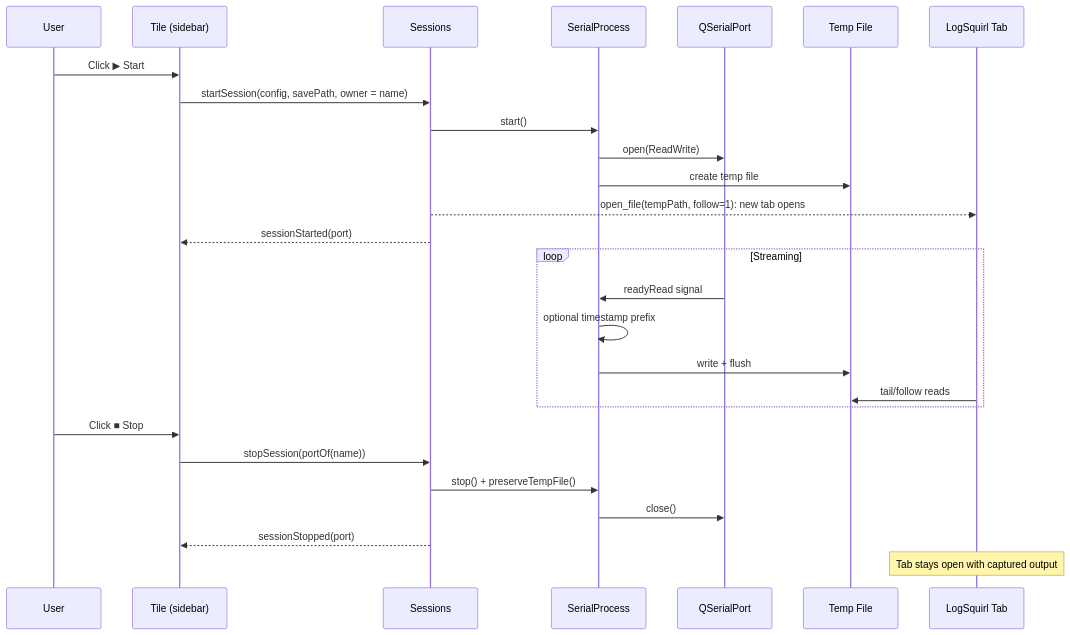
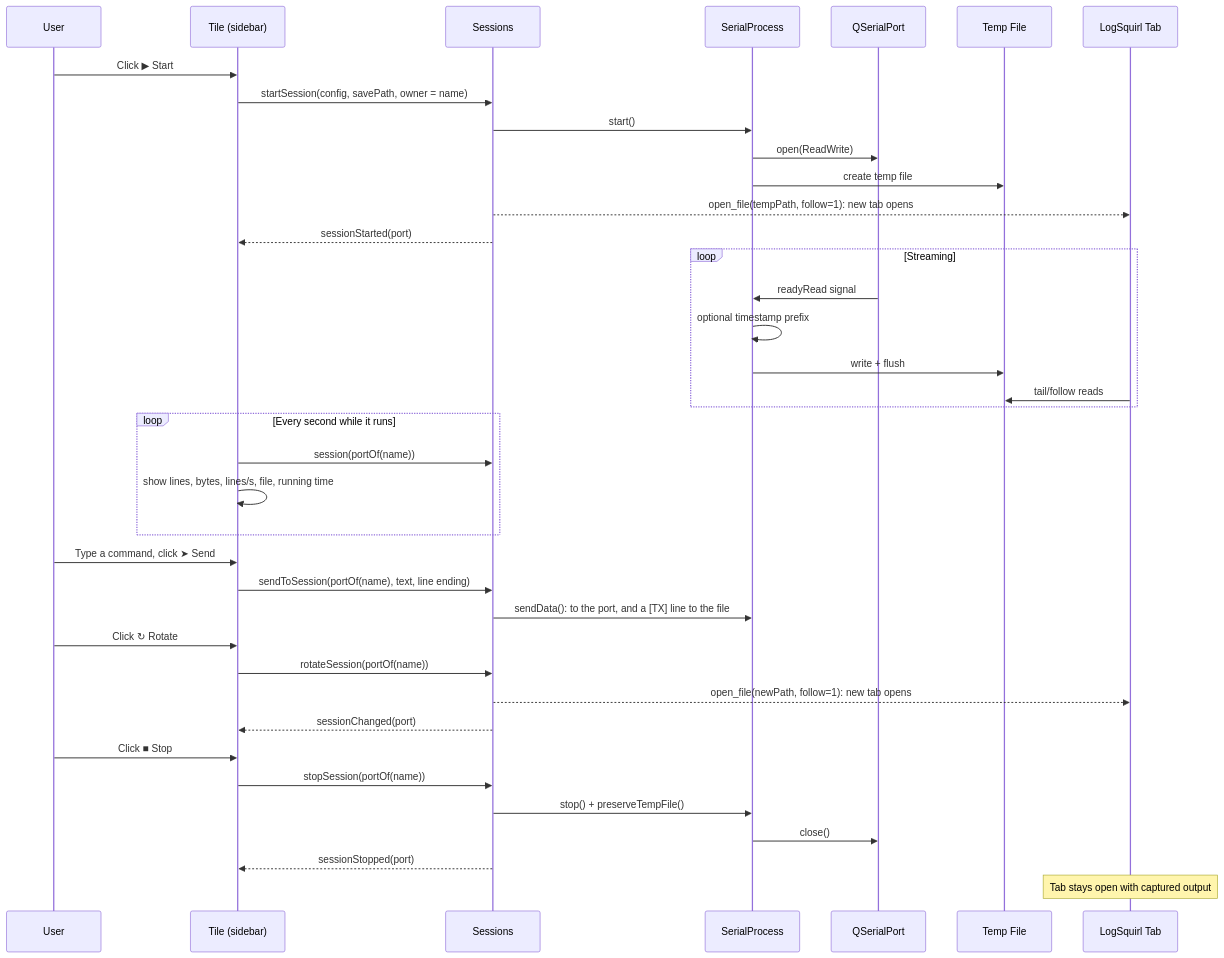
One commit to 64x-lunicorn/LogSquirl-Serial changed the second of 3 diagrams in README.md. Above: the diagram before and after it, drawn with Mermaid. The commit also changed other lines of this file and 8 other files, not shown here.

First line of the commit message:
A running tile shows its session's details, with Rotate and Send (#51)

````diff
--- a/README.md
+++ b/README.md
@@ -259,30 +279,41 @@
 ```mermaid
 sequenceDiagram
     participant User
     participant SW as Tile (sidebar)
     participant S as Sessions
     participant SP as SerialProcess
     participant Port as QSerialPort
     participant TF as Temp File
     participant LS as LogSquirl Tab
 
     User->>SW: Click ▶ Start
     SW->>S: startSession(config, savePath, owner = name)
     S->>SP: start()
     SP->>Port: open(ReadWrite)
     SP->>TF: create temp file
     S-->>LS: open_file(tempPath, follow=1): new tab opens
     S-->>SW: sessionStarted(port)
     loop Streaming
         Port->>SP: readyRead signal
         SP->>SP: optional timestamp prefix
         SP->>TF: write + flush
         LS->>TF: tail/follow reads
     end
+    loop Every second while it runs
+        SW->>S: session(portOf(name))
+        SW->>SW: show lines, bytes, lines/s, file, running time
+    end
+    User->>SW: Type a command, click ➤ Send
+    SW->>S: sendToSession(portOf(name), text, line ending)
+    S->>SP: sendData(): to the port, and a [TX] line to the file
+    User->>SW: Click ↻ Rotate
+    SW->>S: rotateSession(portOf(name))
+    S-->>LS: open_file(newPath, follow=1): new tab opens
+    S-->>SW: sessionChanged(port)
     User->>SW: Click ■ Stop
     SW->>S: stopSession(portOf(name))
     S->>SP: stop() + preserveTempFile()
     SP->>Port: close()
     S-->>SW: sessionStopped(port)
     Note over LS: Tab stays open with captured output
 ```
````
